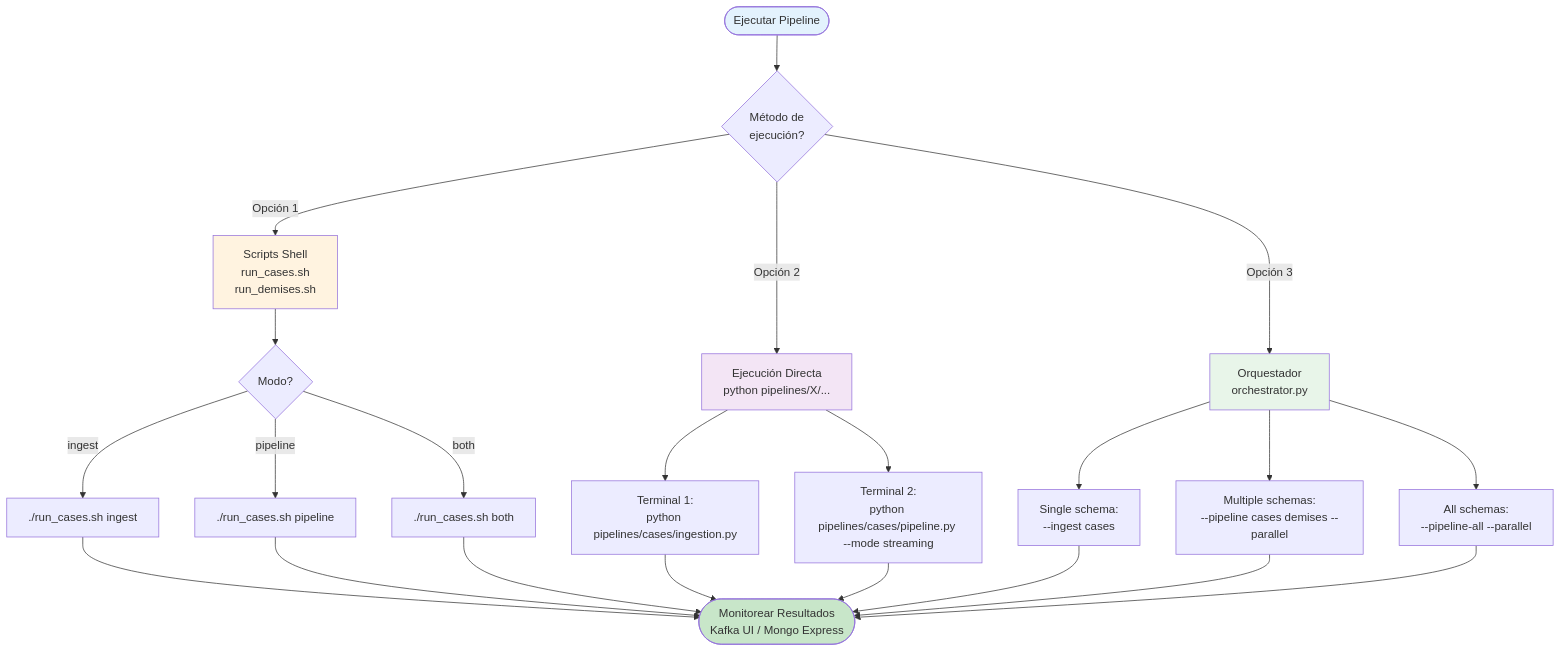
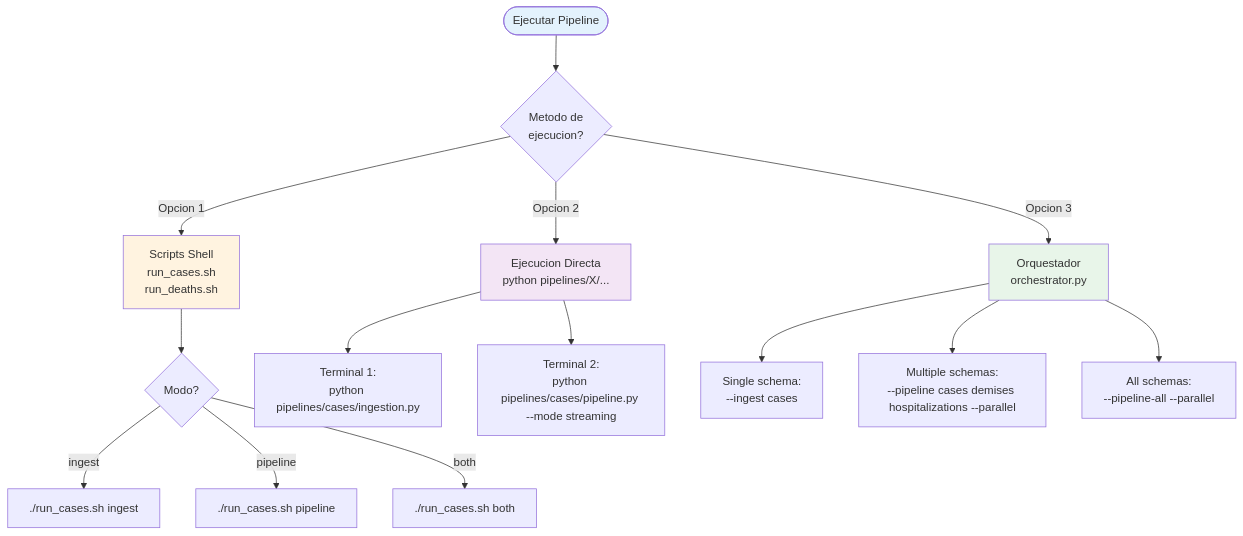
One commit to arthur8davis/tfm-dataflow-architecture changed the ninth of 9 diagrams in README.md. Above: the diagram before and after it, drawn with Mermaid. The commit also changed other lines of this file and 9 other files, not shown here.

````diff
--- a/README.md
+++ b/README.md
@@ -572,37 +502,25 @@
 ```mermaid
 graph TD
-    Start([Ejecutar Pipeline]) --> Choice{Método de<br/>ejecución?}
+    Start([Ejecutar Pipeline]) --> Choice{Metodo de<br/>ejecucion?}
 
-    Choice -->|Opción 1| Scripts[Scripts Shell<br/>run_cases.sh<br/>run_demises.sh]
-    Choice -->|Opción 2| Direct[Ejecución Directa<br/>python pipelines/X/...]
-    Choice -->|Opción 3| Orchestrator[Orquestador<br/>orchestrator.py]
+    Choice -->|Opcion 1| Scripts[Scripts Shell<br/>run_cases.sh<br/>run_deaths.sh]
+    Choice -->|Opcion 2| Direct[Ejecucion Directa<br/>python pipelines/X/...]
+    Choice -->|Opcion 3| Orchestrator[Orquestador<br/>orchestrator.py]
 
     Scripts --> ScriptMode{Modo?}
     ScriptMode -->|ingest| S1[./run_cases.sh ingest]
     ScriptMode -->|pipeline| S2[./run_cases.sh pipeline]
     ScriptMode -->|both| S3[./run_cases.sh both]
 
     Direct --> D1[Terminal 1:<br/>python pipelines/cases/ingestion.py]
     Direct --> D2[Terminal 2:<br/>python pipelines/cases/pipeline.py --mode streaming]
 
     Orchestrator --> O1[Single schema:<br/>--ingest cases]
-    Orchestrator --> O2[Multiple schemas:<br/>--pipeline cases demises --parallel]
+    Orchestrator --> O2[Multiple schemas:<br/>--pipeline cases demises hospitalizations --parallel]
     Orchestrator --> O3[All schemas:<br/>--pipeline-all --parallel]
-
-    S1 --> Monitor
-    S2 --> Monitor
-    S3 --> Monitor
-    D1 --> Monitor
-    D2 --> Monitor
-    O1 --> Monitor
-    O2 --> Monitor
-    O3 --> Monitor
-
-    Monitor([Monitorear Resultados<br/>Kafka UI / Mongo Express])
 
     style Start fill:#e3f2fd
     style Scripts fill:#fff3e0
     style Direct fill:#f3e5f5
     style Orchestrator fill:#e8f5e9
-    style Monitor fill:#c8e6c9
 ```
````
